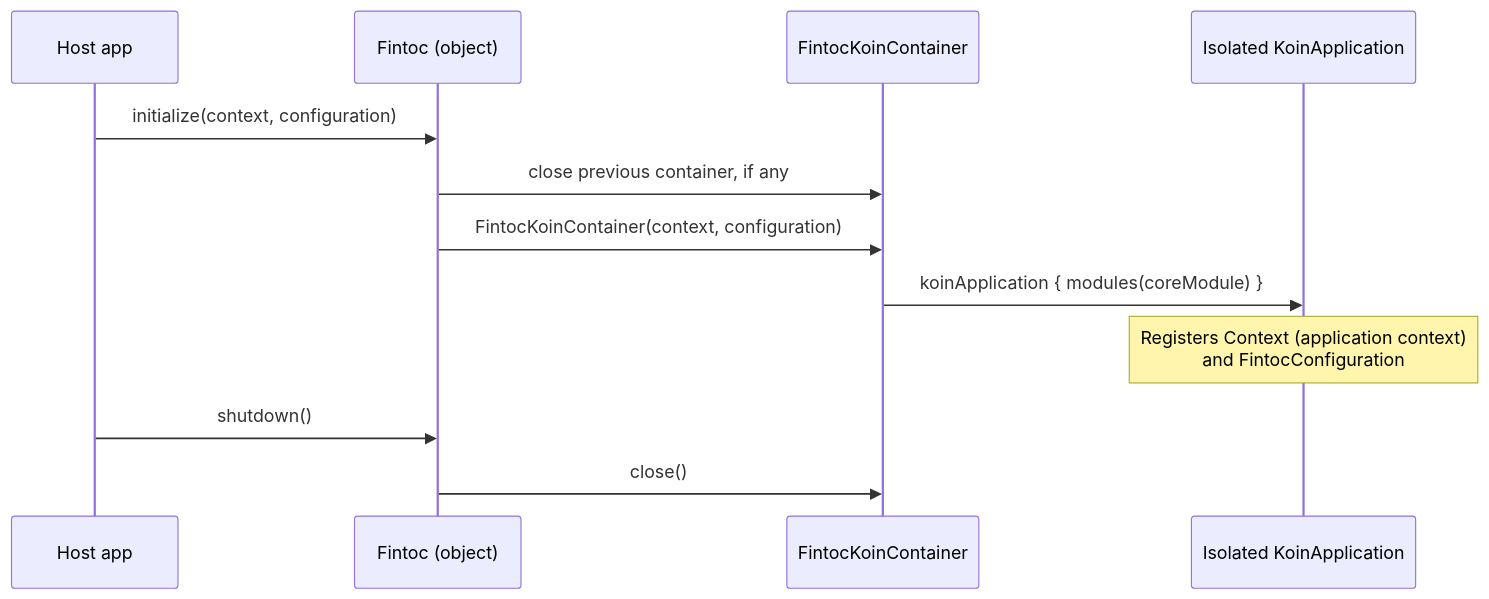
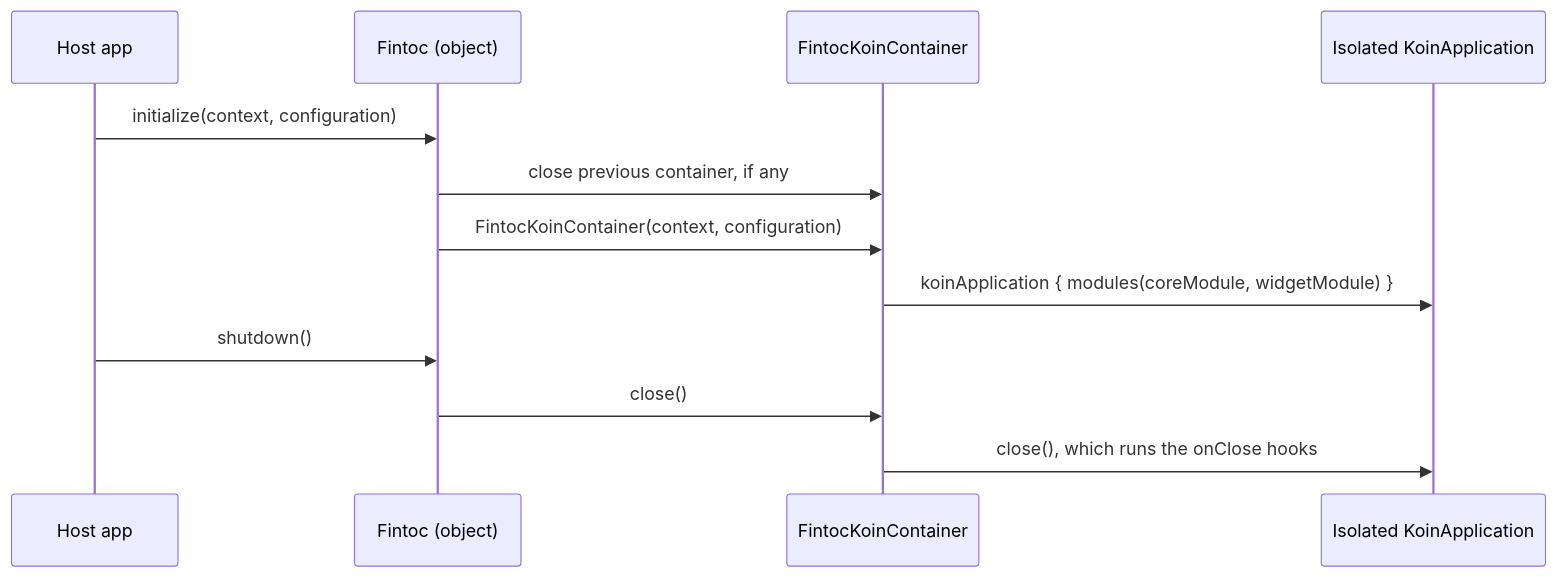
One commit to DEV1-Softworks/fintoc-android changed the seventh of 7 diagrams in docs/en/architecture.md. Above: the diagram before and after it, drawn with Mermaid. The commit also changed other lines of this file and 3 other files, not shown here.

First line of the commit message:
docs: describe what the Koin container owns

````diff
--- a/docs/en/architecture.md
+++ b/docs/en/architecture.md
@@ -274,15 +274,15 @@
 ```mermaid
 sequenceDiagram
     participant Host as Host app
     participant Fintoc as Fintoc (object)
     participant Container as FintocKoinContainer
     participant Koin as Isolated KoinApplication
 
     Host->>Fintoc: initialize(context, configuration)
     Fintoc->>Container: close previous container, if any
     Fintoc->>Container: FintocKoinContainer(context, configuration)
-    Container->>Koin: koinApplication { modules(coreModule) }
-    Note over Koin: Registers Context (application context)<br/>and FintocConfiguration
+    Container->>Koin: koinApplication { modules(coreModule, widgetModule) }
     Host->>Fintoc: shutdown()
     Fintoc->>Container: close()
+    Container->>Koin: close(), which runs the onClose hooks
 ```
````
